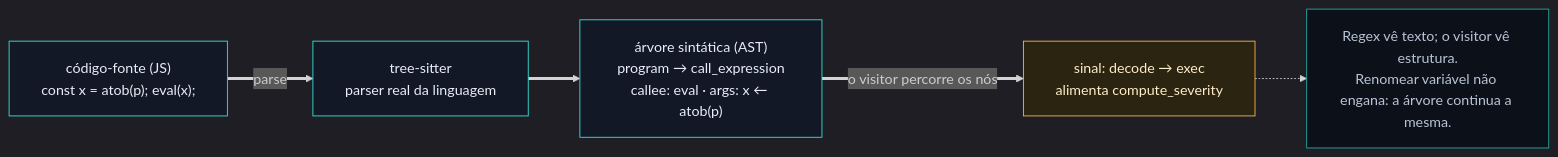
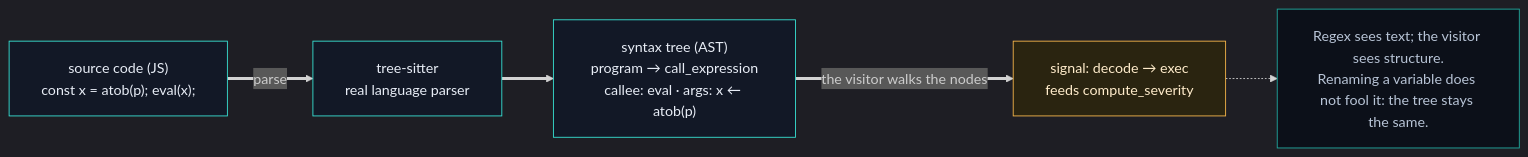
One commit to feryamaha/Nemesis_Defender_v0 changed the diagram in onboarding/diagramas/5b-ast-visitor.mmd. Above: the diagram before and after it, drawn with Mermaid. The commit also changed 67 other files, not shown here.

```diff
--- a/onboarding/diagramas/5b-ast-visitor.mmd
+++ b/onboarding/diagramas/5b-ast-visitor.mmd
@@ -1,13 +1,13 @@
 %%{init: {"theme":"dark", "flowchart": {"htmlLabels": true, "curve": "basis", "padding": 18, "nodeSpacing": 50, "rankSpacing": 58}}}%%
 flowchart LR
-SRC["código-fonte (JS)<br/>const x = atob(p); eval(x);"] ==>|"parse"| TS["tree-sitter<br/>parser real da linguagem"]
-TS ==> AST["árvore sintática (AST)<br/>program → call_expression<br/>callee: eval · args: x ← atob(p)"]
-AST ==>|"o visitor percorre os nós"| SIG["sinal: decode → exec<br/>alimenta compute_severity"]
-SIG -.-> N["Regex vê texto; o visitor vê estrutura.<br/>Renomear variável não engana: a árvore continua a mesma."]
+SRC["source code (JS)<br/>const x = atob(p); eval(x);"] ==>|"parse"| TS["tree-sitter<br/>real language parser"]
+TS ==> AST["syntax tree (AST)<br/>program → call_expression<br/>callee: eval · args: x ← atob(p)"]
+AST ==>|"the visitor walks the nodes"| SIG["signal: decode → exec<br/>feeds compute_severity"]
+SIG -.-> N["Regex sees text; the visitor sees structure.<br/>Renaming a variable does not fool it: the tree stays the same."]
 
 classDef step fill:#121826,stroke:#38e1d3,color:#e8edf6;
 classDef out fill:#2a2410,stroke:#f5b54a,color:#ffeccb;
 classDef note fill:#0c1019,stroke:#21a99e,color:#b8c4d6;
 class SRC,TS,AST step;
 class SIG out;
 class N note;
```
